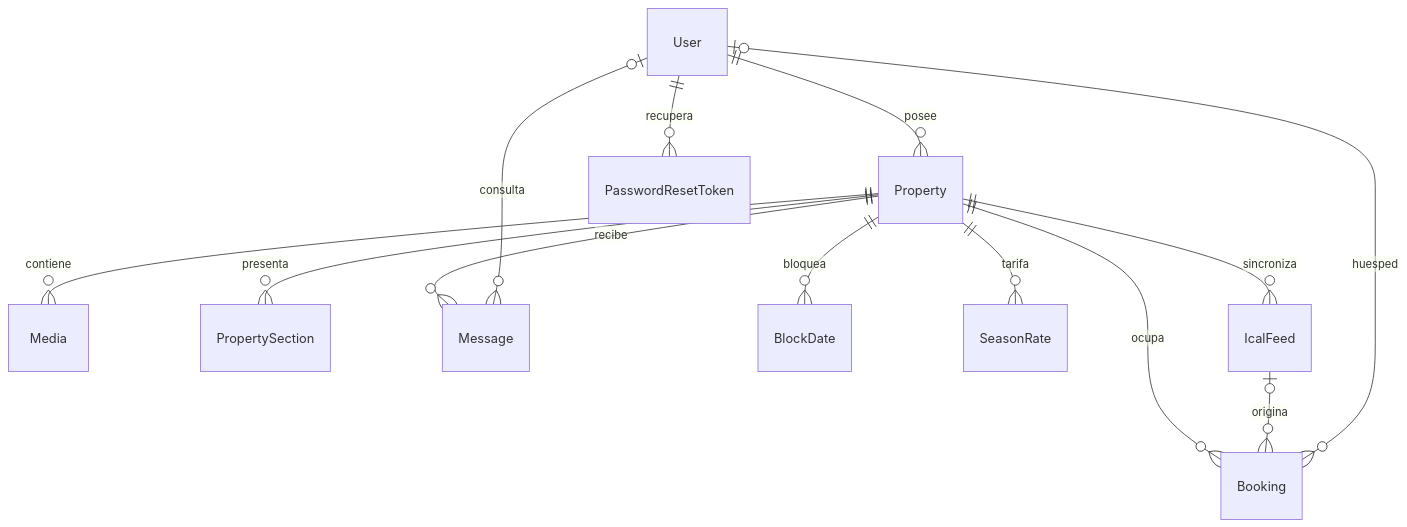
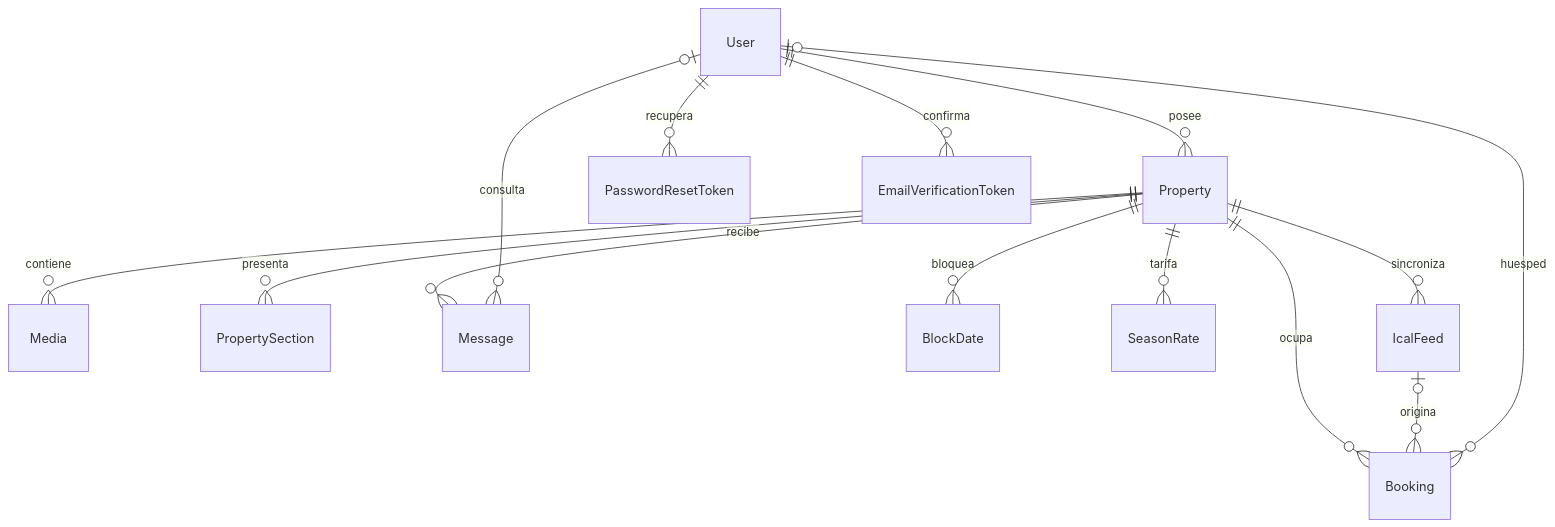
The fourth of 4 diagrams in docs/MAPA-DEL-PROYECTO.md (Sup3rone/portal-casas), drawn with Mermaid before and after one commit. The commit also changed other lines of this file and 2 other files, not shown here.

````diff
--- a/docs/MAPA-DEL-PROYECTO.md
+++ b/docs/MAPA-DEL-PROYECTO.md
@@ -210,15 +211,16 @@
 ```mermaid
 erDiagram
   User ||--o{ Property : posee
   Property ||--o{ Media : contiene
   Property ||--o{ PropertySection : presenta
   Property ||--o{ Message : recibe
   Property ||--o{ Booking : ocupa
   Property ||--o{ BlockDate : bloquea
   Property ||--o{ SeasonRate : tarifa
   Property ||--o{ IcalFeed : sincroniza
   IcalFeed o|--o{ Booking : origina
   User o|--o{ Message : consulta
   User o|--o{ Booking : huesped
   User ||--o{ PasswordResetToken : recupera
+  User ||--o{ EmailVerificationToken : confirma
 ```
````
